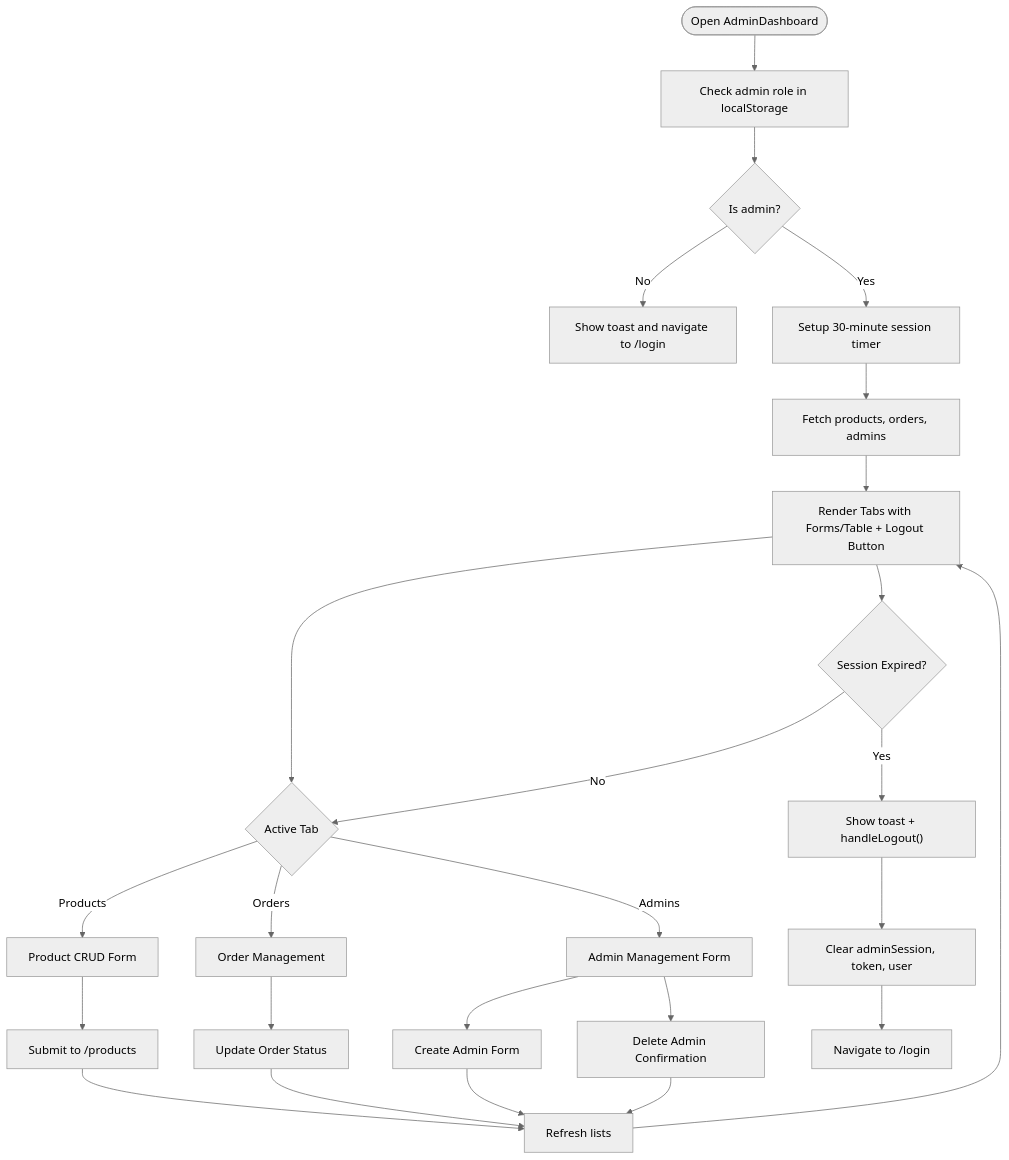
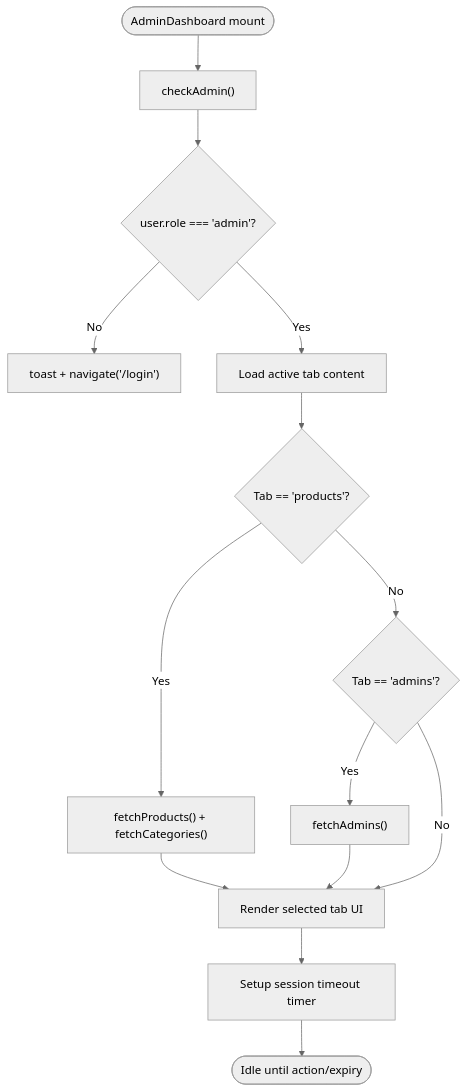
The third of 8 diagrams in .qoder/repowiki/en/content/Admin Dashboard/Admin Dashboard.md (Pavan-PSPK9032/TrendsandToss), drawn with Mermaid (neutral theme) before and after one commit. The commit also changed other lines of this file and 6 other files, not shown here.

````diff
--- a/.qoder/repowiki/en/content/Admin Dashboard/Admin Dashboard.md
+++ b/.qoder/repowiki/en/content/Admin Dashboard/Admin Dashboard.md
@@ -207,28 +169,16 @@
 ```mermaid
 flowchart TD
-Start(["Open AdminDashboard"]) --> CheckRole["Check admin role in localStorage"]
-CheckRole --> IsAdmin{"Is admin?"}
-IsAdmin --> |No| Redirect["Show toast and navigate to /login"]
-IsAdmin --> |Yes| SetupTimer["Setup 30-minute session timer"]
-SetupTimer --> LoadData["Fetch products, orders, admins"]
-LoadData --> RenderUI["Render Tabs with Forms/Table + Logout Button"]
-RenderUI --> ActiveTab{"Active Tab"}
-ActiveTab --> |Products| ProductForm["Product CRUD Form"]
-ActiveTab --> |Orders| OrderList["Order Management"]
-ActiveTab --> |Admins| AdminForm["Admin Management Form"]
-ProductForm --> SubmitProduct["Submit to /products"]
-OrderList --> UpdateStatus["Update Order Status"]
-AdminForm --> CreateAdmin["Create Admin Form"]
-AdminForm --> DeleteAdmin["Delete Admin Confirmation"]
-SubmitProduct --> Refresh["Refresh lists"]
-UpdateStatus --> Refresh
-CreateAdmin --> Refresh
-DeleteAdmin --> Refresh
-Refresh --> RenderUI
-SessionTimeout{"Session Expired?"}
-RenderUI --> SessionTimeout
-SessionTimeout --> |Yes| AutoLogout["Show toast + handleLogout()"]
-SessionTimeout --> |No| ActiveTab
-AutoLogout --> ClearStorage["Clear adminSession, token, user"]
-ClearStorage --> Navigate["Navigate to /login"]
+Start(["AdminDashboard mount"]) --> Check["checkAdmin()"]
+Check --> IsAdmin{"user.role === 'admin'?"}
+IsAdmin --> |No| Redirect["toast + navigate('/login')"]
+IsAdmin --> |Yes| LoadTabs["Load active tab content"]
+LoadTabs --> TabProducts{"Tab == 'products'?"}
+TabProducts --> |Yes| ProdList["fetchProducts() + fetchCategories()"]
+TabProducts --> |No| TabAdmins{"Tab == 'admins'?"}
+TabAdmins --> |Yes| AdminList["fetchAdmins()"]
+TabAdmins --> |No| Render["Render selected tab UI"]
+ProdList --> Render
+AdminList --> Render
+Render --> Timeout["Setup session timeout timer"]
+Timeout --> End(["Idle until action/expiry"])
 ```
````
